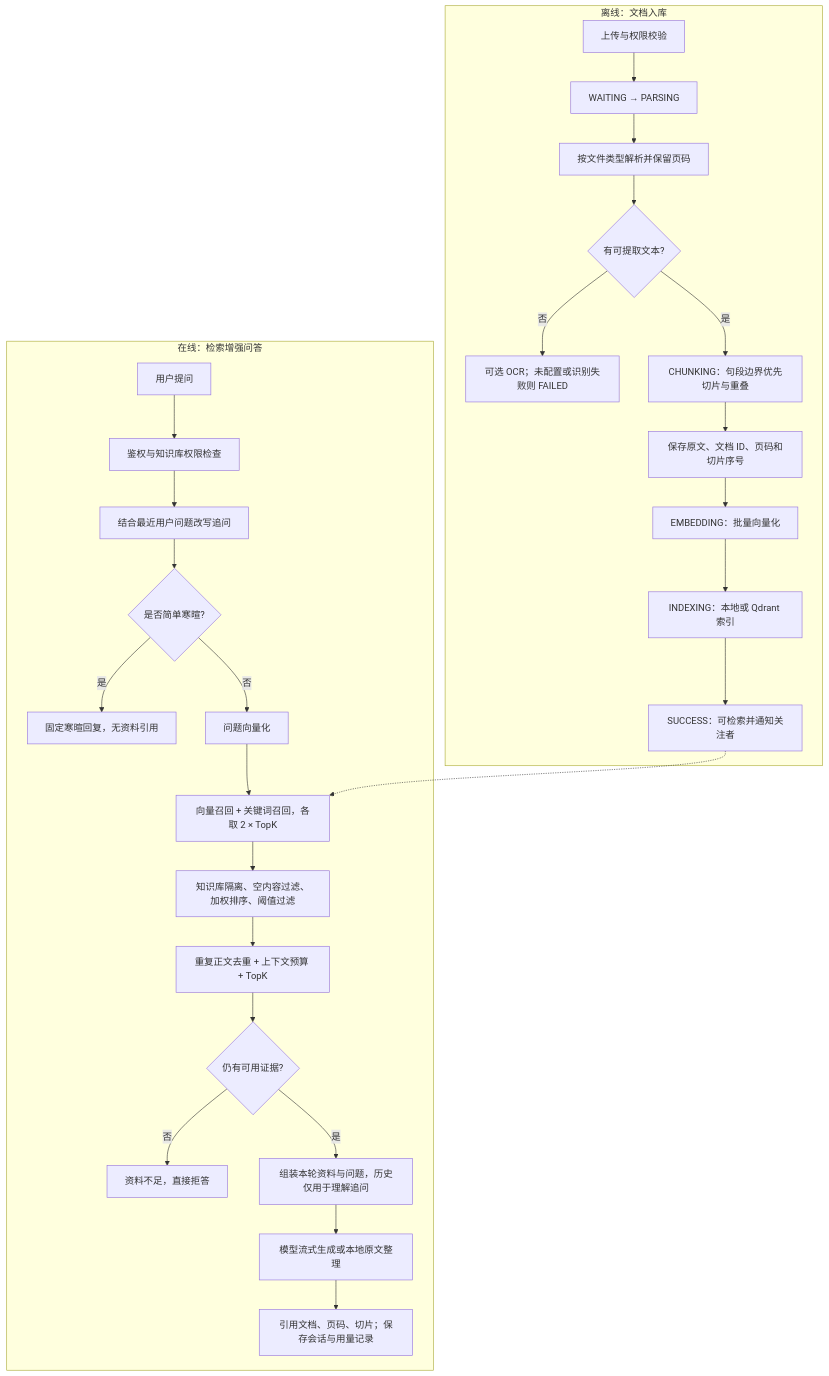
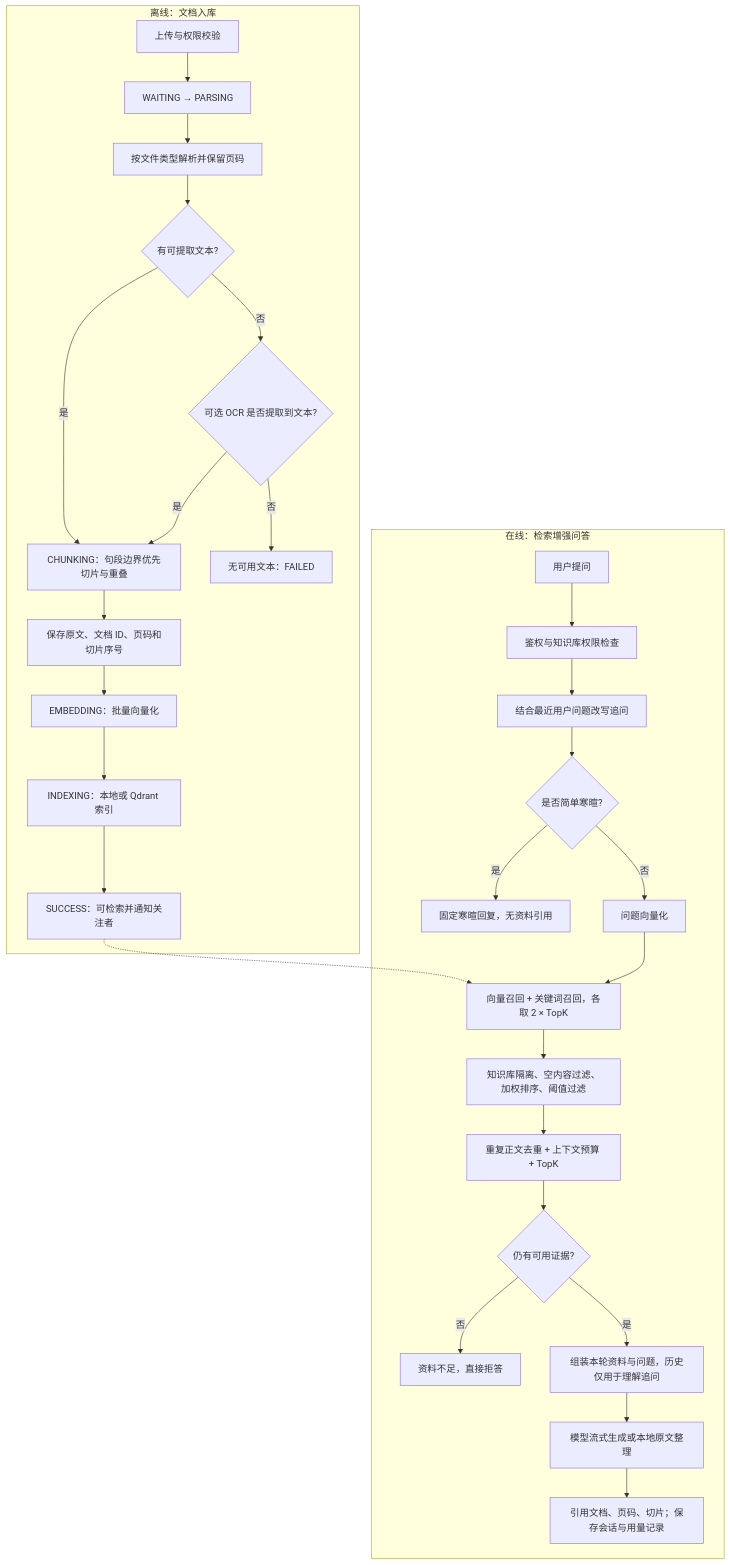
One commit to vision-waiting/ai-knowledge-hub changed the diagram in docs/rag.md. Above: the diagram before and after it, drawn with Mermaid. The commit also changed other lines of this file and 101 other files, not shown here.

````diff
--- a/docs/rag.md
+++ b/docs/rag.md
@@ -5,30 +5,32 @@
 ```mermaid
 flowchart TD
     subgraph Offline[离线：文档入库]
         A[上传与权限校验] --> B[WAITING → PARSING]
         B --> C[按文件类型解析并保留页码]
         C --> D{有可提取文本?}
-        D -->|否| E[可选 OCR；未配置或识别失败则 FAILED]
+        D -->|否| E{可选 OCR 是否提取到文本?}
+        E -->|是| F
+        E -->|否| E1[无可用文本：FAILED]
         D -->|是| F[CHUNKING：句段边界优先切片与重叠]
         F --> G[保存原文、文档 ID、页码和切片序号]
         G --> H[EMBEDDING：批量向量化]
         H --> I[INDEXING：本地或 Qdrant 索引]
         I --> J[SUCCESS：可检索并通知关注者]
     end
     subgraph Online[在线：检索增强问答]
         K[用户提问] --> L[鉴权与知识库权限检查]
         L --> M[结合最近用户问题改写追问]
         M --> N{是否简单寒暄?}
         N -->|是| O[固定寒暄回复，无资料引用]
         N -->|否| P[问题向量化]
         P --> Q[向量召回 + 关键词召回，各取 2 × TopK]
         J -.-> Q
         Q --> R[知识库隔离、空内容过滤、加权排序、阈值过滤]
         R --> S[重复正文去重 + 上下文预算 + TopK]
         S --> T{仍有可用证据?}
         T -->|否| U[资料不足，直接拒答]
         T -->|是| V[组装本轮资料与问题，历史仅用于理解追问]
         V --> W[模型流式生成或本地原文整理]
         W --> X[引用文档、页码、切片；保存会话与用量记录]
     end
 ```
````
